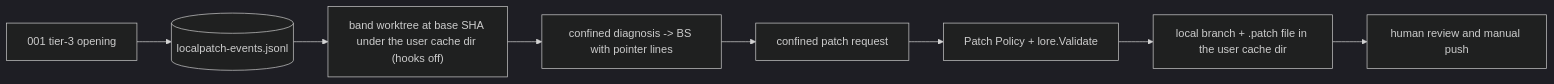
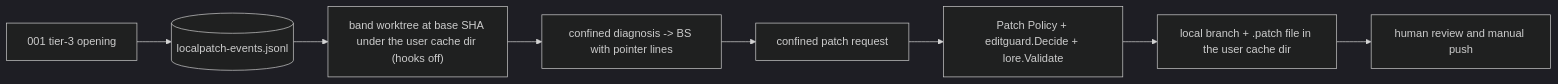
The diagram in .autopus/specs/SPEC-SIGMABAND-002/research.md (autopus-ai/autopus-adk), drawn with Mermaid (dark theme) before and after one commit. The commit also changed other lines of this file and 3 other files, not shown here.

````diff
--- a/.autopus/specs/SPEC-SIGMABAND-002/research.md
+++ b/.autopus/specs/SPEC-SIGMABAND-002/research.md
@@ -20,6 +32,6 @@
 ```mermaid
 flowchart LR
   E1["001 tier-3 opening"] --> DL[(localpatch-events.jsonl)] --> WT["band worktree at base SHA under the user cache dir (hooks off)"]
-  WT --> DX["confined diagnosis -> BS with pointer lines"] --> PQ["confined patch request"] --> GD["Patch Policy + lore.Validate"]
+  WT --> DX["confined diagnosis -> BS with pointer lines"] --> PQ["confined patch request"] --> GD["Patch Policy + editguard.Decide + lore.Validate"]
   GD --> LP["local branch + .patch file in the user cache dir"] --> HR["human review and manual push"]
 ```
````
